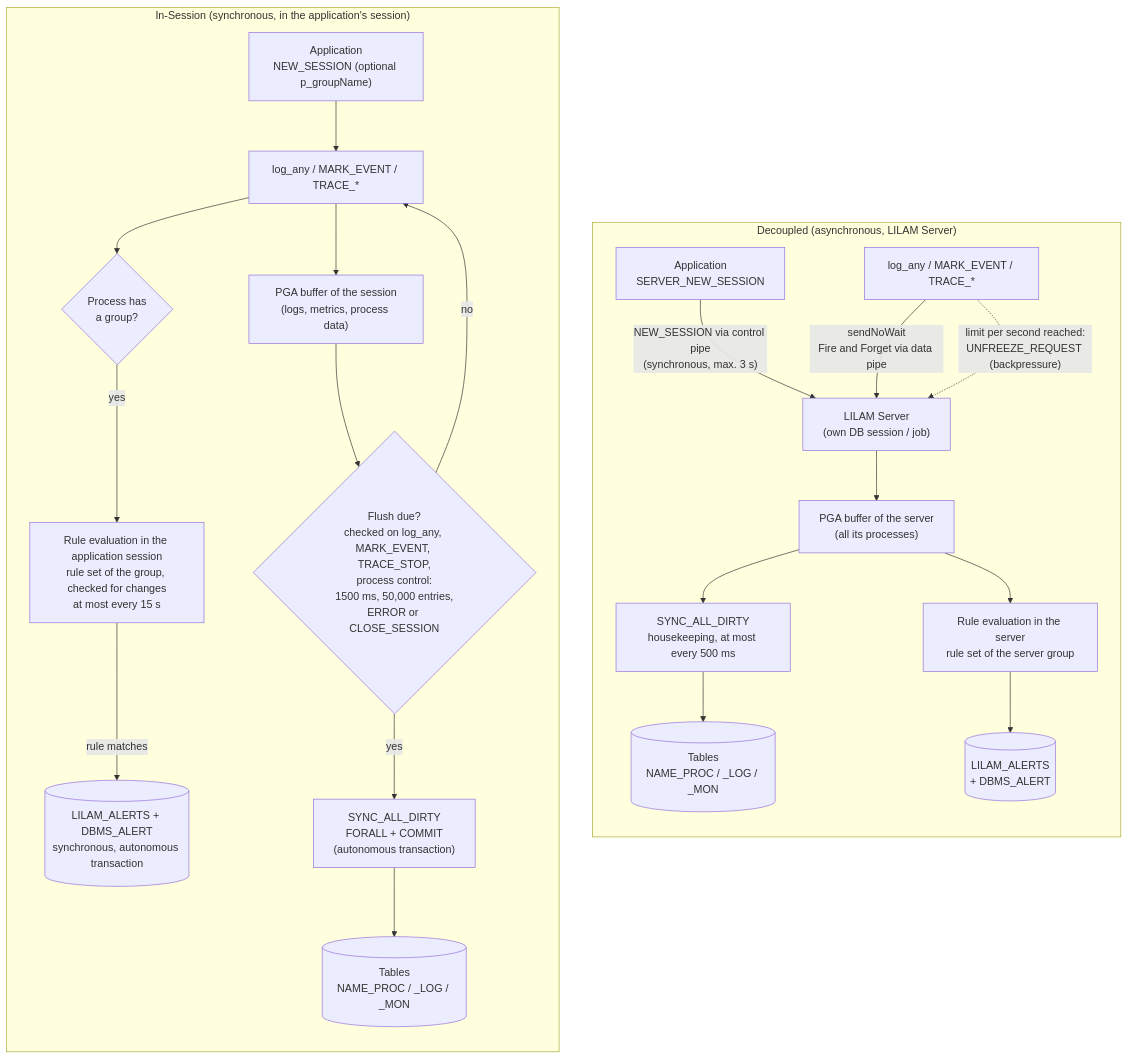
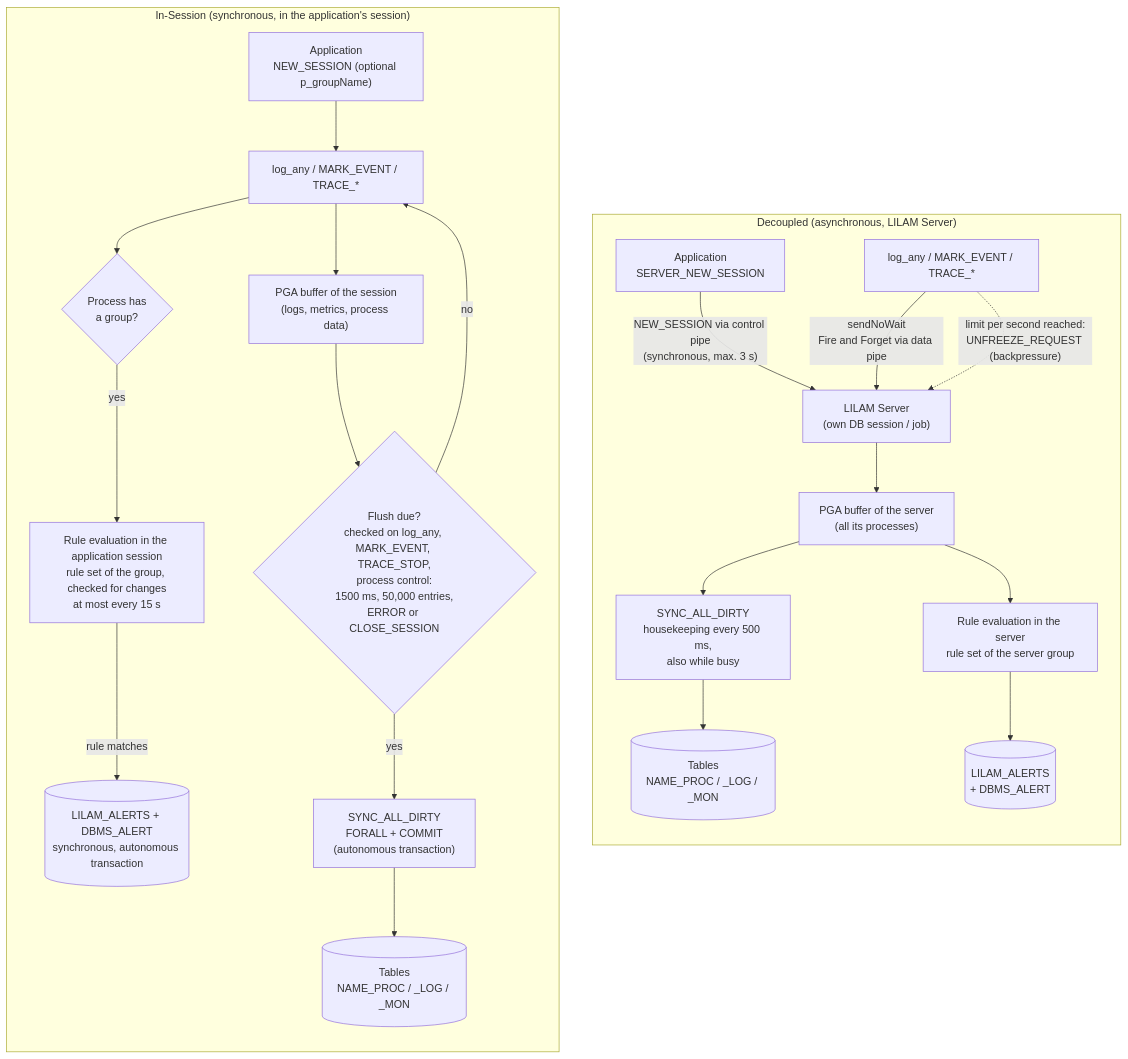
One commit to dirkgermany/LILAM changed the first of 4 diagrams in docs/architecture and concepts.md. Above: the diagram before and after it, drawn with Mermaid. The commit also changed other lines of this file and 5 other files, not shown here.

````diff
--- a/docs/architecture and concepts.md
+++ b/docs/architecture and concepts.md
@@ -316,29 +320,29 @@
 ```mermaid
 flowchart LR
     subgraph INS ["In-Session (synchronous, in the application's session)"]
         direction TB
         A1["Application<br/>NEW_SESSION (optional p_groupName)"] --> B1["log_any / MARK_EVENT / TRACE_*"]
         B1 --> C1["PGA buffer of the session<br/>(logs, metrics, process data)"]
         B1 --> G1{"Process has<br/>a group?"}
         G1 -- yes --> R1["Rule evaluation in the application session<br/>rule set of the group, checked for changes<br/>at most every 15 s"]
         R1 -- "rule matches" --> AL1[("LILAM_ALERTS + DBMS_ALERT<br/>synchronous, autonomous transaction")]
         C1 --> D1{"Flush due?<br/>checked on log_any, MARK_EVENT, TRACE_STOP,<br/>process control:<br/>1500 ms, 50,000 entries,<br/>ERROR or CLOSE_SESSION"}
         D1 -- yes --> E1["SYNC_ALL_DIRTY<br/>FORALL + COMMIT<br/>(autonomous transaction)"]
         D1 -- no --> B1
         E1 --> T1[("Tables<br/>NAME_PROC / _LOG / _MON")]
     end
 
     subgraph DEC ["Decoupled (asynchronous, LILAM Server)"]
         direction TB
         A2["Application<br/>SERVER_NEW_SESSION"] -- "NEW_SESSION via control pipe<br/>(synchronous, max. 3 s)" --> S2
         B2["log_any / MARK_EVENT / TRACE_*"] -- "sendNoWait<br/>Fire and Forget via data pipe" --> S2["LILAM Server<br/>(own DB session / job)"]
         B2 -. "limit per second reached:<br/>UNFREEZE_REQUEST (backpressure)" .-> S2
         S2 --> C2["PGA buffer of the server<br/>(all its processes)"]
         C2 --> R2["Rule evaluation in the server<br/>rule set of the server group"]
-        C2 --> E2["SYNC_ALL_DIRTY<br/>housekeeping, at most every 500 ms"]
+        C2 --> E2["SYNC_ALL_DIRTY<br/>housekeeping every 500 ms,<br/>also while busy"]
         E2 --> T2[("Tables<br/>NAME_PROC / _LOG / _MON")]
         R2 --> AL[("LILAM_ALERTS<br/>+ DBMS_ALERT")]
     end
 
     INS ~~~ DEC
 ```
````
